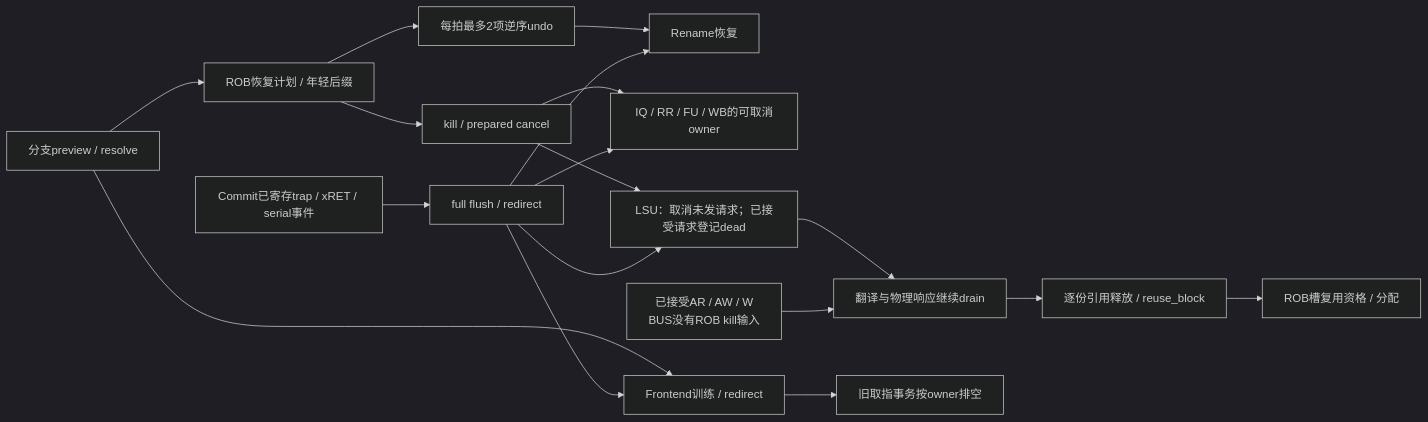
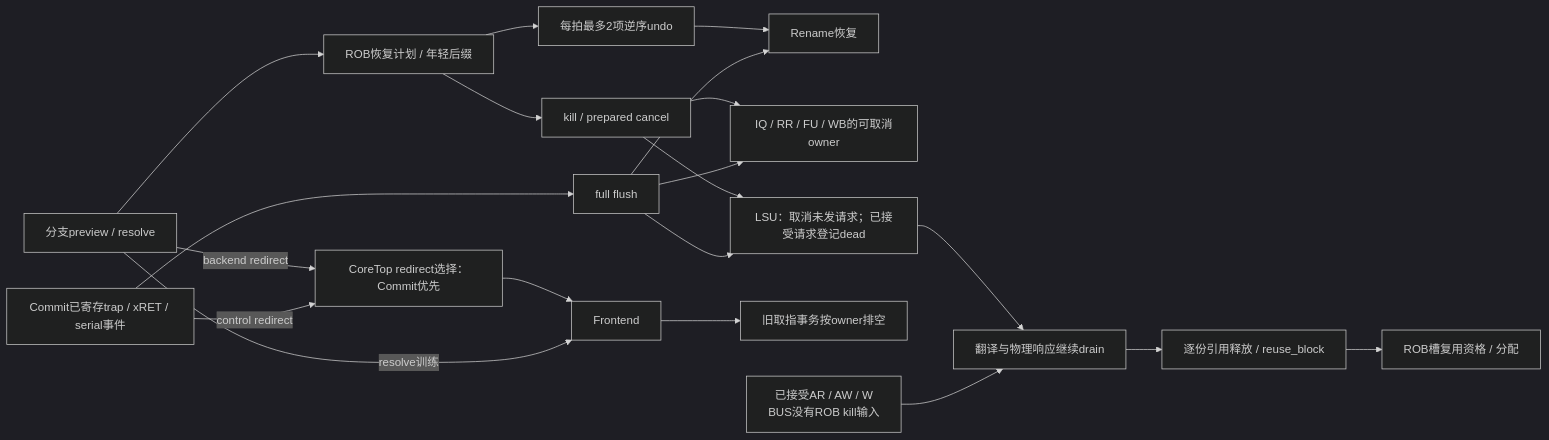
One commit to mcsaver/oscpu changed the third of 4 diagrams in npc/rv64/vsrc/TOPOLOGY.md. Above: the diagram before and after it, drawn with Mermaid (dark theme). The commit also changed other lines of this file and 11 other files, not shown here.

````diff
--- a/npc/rv64/vsrc/TOPOLOGY.md
+++ b/npc/rv64/vsrc/TOPOLOGY.md
@@ -137,18 +179,20 @@
 ```mermaid
 flowchart LR
   BR["分支preview / resolve"] --> RP["ROB恢复计划 / 年轻后缀"]
   RP --> K["kill / prepared cancel"]
   RP --> UN["每拍最多2项逆序undo"] --> RN["Rename恢复"]
-  CM["Commit已寄存trap / xRET / serial事件"] --> FL["full flush / redirect"]
+  CM["Commit已寄存trap / xRET / serial事件"] --> FL["full flush"]
   FL --> RN
   K --> LOCAL["IQ / RR / FU / WB的可取消owner"]
   FL --> LOCAL
   K --> LS["LSU：取消未发请求；已接受请求登记dead"]
   FL --> LS
   LS --> DR["翻译与物理响应继续drain"]
   DR --> RE["逐份引用释放 / reuse_block"] --> RA["ROB槽复用资格 / 分配"]
-  BR --> FE["Frontend训练 / redirect"]
-  FL --> FE
+  BR -->|"backend redirect"| RD["CoreTop redirect选择：Commit优先"]
+  CM -->|"control redirect"| RD
+  RD --> FE["Frontend"]
+  BR -->|"resolve训练"| FE
   FE --> FD["旧取指事务按owner排空"]
   AX["已接受AR / AW / W<br/>BUS没有ROB kill输入"] --> DR
 ```
````
